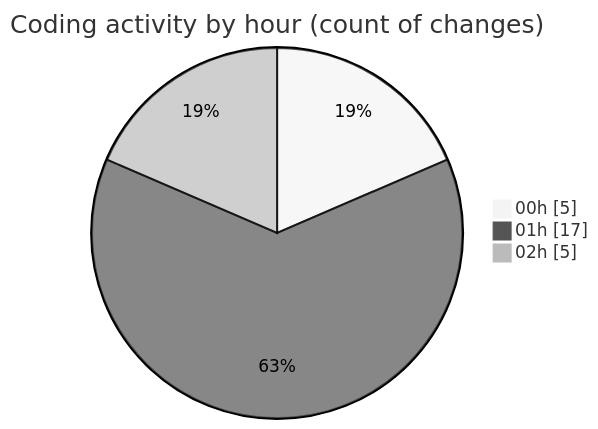
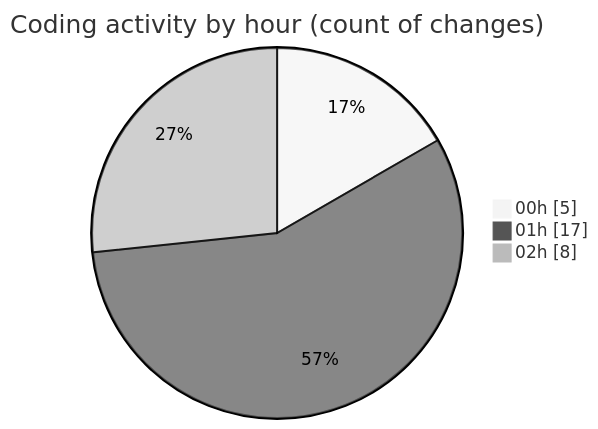
One commit to EIIisD/code-tracking changed the second of 2 diagrams in 2025-08-04/tw-server/README.md. Above: the diagram before and after it, drawn with Mermaid (neutral theme). The commit also changed other lines of this file and 1 other file, not shown here.

````diff
--- a/2025-08-04/tw-server/README.md
+++ b/2025-08-04/tw-server/README.md
@@ -31,7 +31,7 @@
 ```mermaid
 pie showData
 title Coding activity by hour (count of changes)
 "00h" : 5
 "01h" : 17
-"02h" : 5
+"02h" : 8
 ```
````
